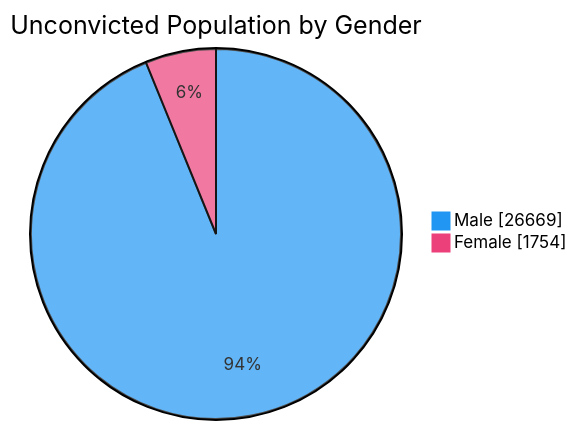
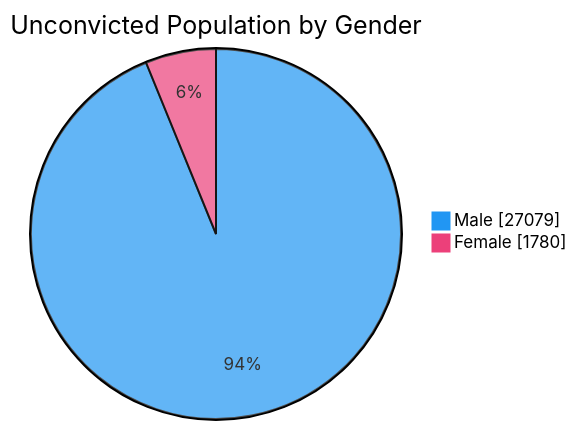
One commit to nuuuwan/lk_prisons changed the fourth of 7 diagrams in README.md. Above: the diagram before and after it, drawn with Mermaid. The commit also changed other lines of this file and 1 other file, not shown here.

````diff
--- a/README.md
+++ b/README.md
@@ -76,6 +76,6 @@
 ```mermaid
 %%{init: {'themeVariables': {'pie1': '#2196F3', 'pie2': '#EC407A'}}}%%
 pie showData title Unconvicted Population by Gender
-    "Male" : 26669
-    "Female" : 1754
+    "Male" : 27079
+    "Female" : 1780
 ```
````
